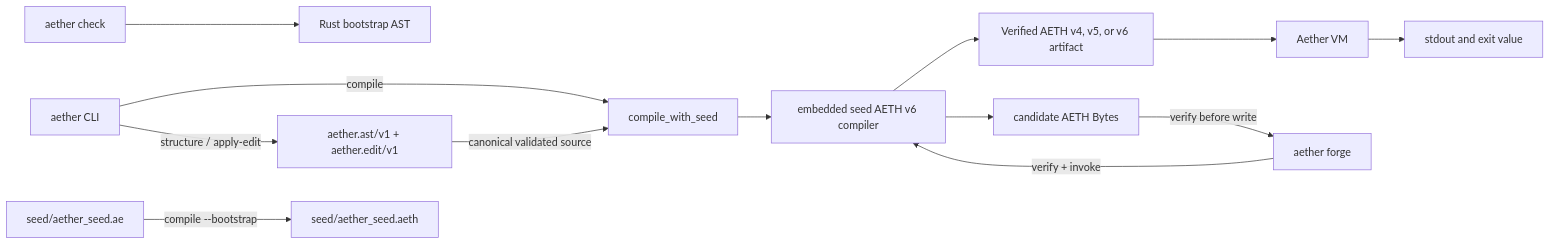
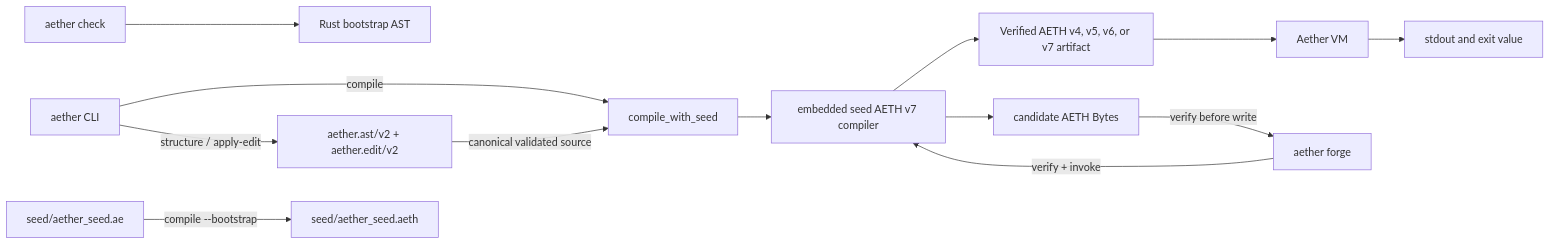
Before and after one commit to MrWizard94-Compile/XLang: the diagram in docs/ARCHITECTURE.md, drawn with Mermaid. The commit also changed other lines of this file and 37 other files, not shown here.

```diff
--- a/docs/ARCHITECTURE.md
+++ b/docs/ARCHITECTURE.md
@@ -3,15 +3,15 @@
 ~~~mermaid
 flowchart LR
     CLI["aether CLI"] -->|"compile"| SeedPath["compile_with_seed"]
-    CLI -->|"structure / apply-edit"| Authoring["aether.ast/v1 + aether.edit/v1"]
+    CLI -->|"structure / apply-edit"| Authoring["aether.ast/v2 + aether.edit/v2"]
     Authoring -->|"canonical validated source"| SeedPath
-    SeedPath --> SeedArt["embedded seed AETH v6 compiler"]
-    SeedArt --> Artifact["Verified AETH v4, v5, or v6 artifact"]
+    SeedPath --> SeedArt["embedded seed AETH v7 compiler"]
+    SeedArt --> Artifact["Verified AETH v4, v5, v6, or v7 artifact"]
     Artifact --> VM["Aether VM"]
     VM --> Result["stdout and exit value"]
     Check["aether check"] --> Bootstrap["Rust bootstrap AST"]
     SeedSrc["seed/aether_seed.ae"] -->|"compile --bootstrap"| SeedArtFile["seed/aether_seed.aeth"]
     Forge["aether forge"] -->|"verify + invoke"| SeedArt
     SeedArt --> Candidate["candidate AETH Bytes"]
     Candidate -->|"verify before write"| Forge
 ~~~
```
